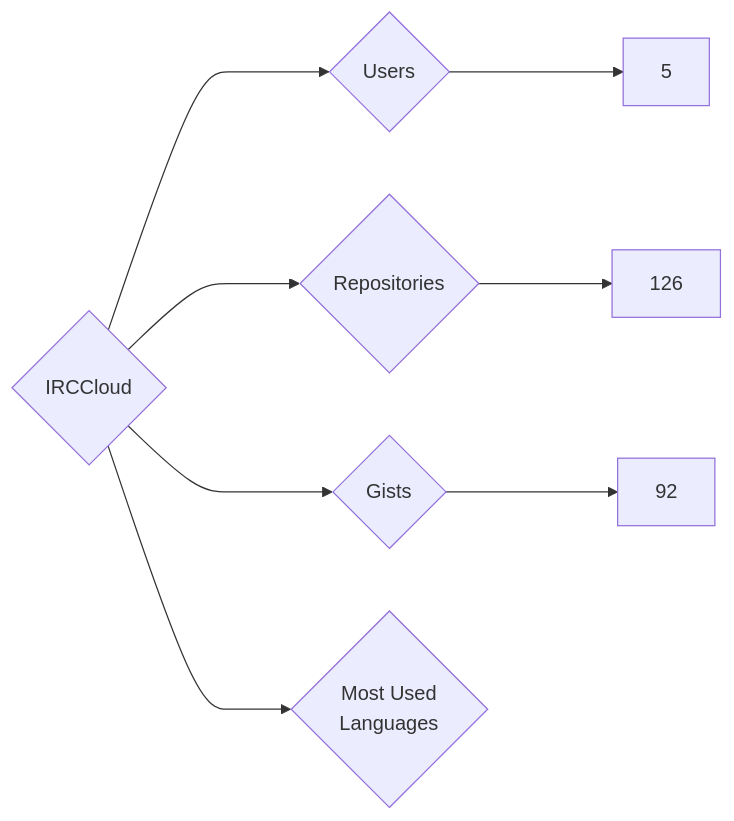
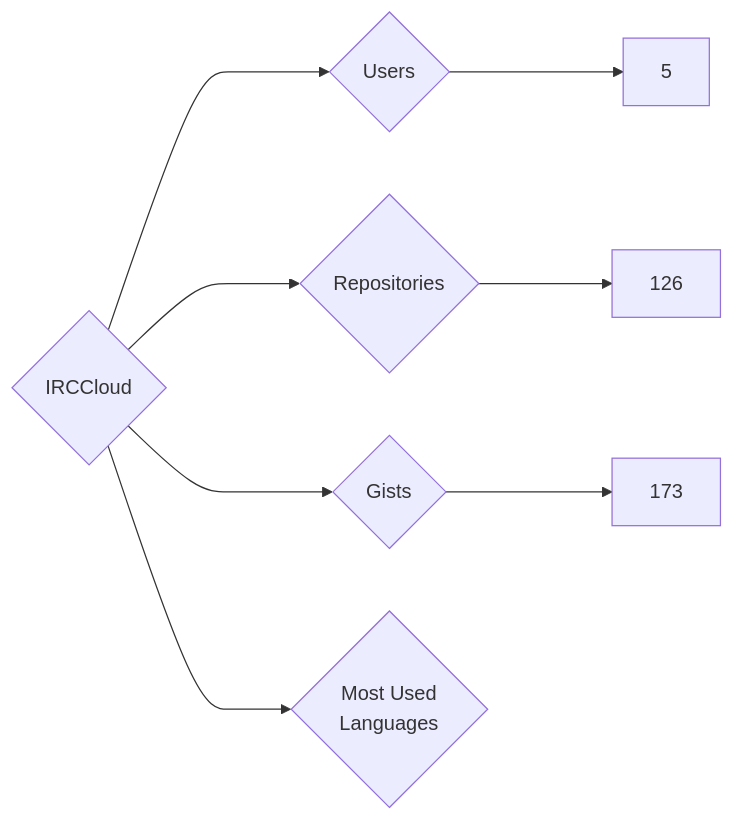
The diagram in targets/IRCCloud/README.md (nenadzaric/insiders), drawn with Mermaid before and after one commit. The commit also changed 1342 other files, not shown here.

````diff
--- a/targets/IRCCloud/README.md
+++ b/targets/IRCCloud/README.md
@@ -3,8 +3,8 @@
 ```mermaid
 graph LR
 COMPANY_NAME{IRCCloud}
 COMPANY_NAME ---> U{Users} ---> UN[5]
 COMPANY_NAME ---> R{Repositories} ---> RN[126]
-COMPANY_NAME ---> G{Gists} ---> GN[92]
+COMPANY_NAME ---> G{Gists} ---> GN[173]
 COMPANY_NAME ---> ML{Most Used<br>Languages}
 ```
````
